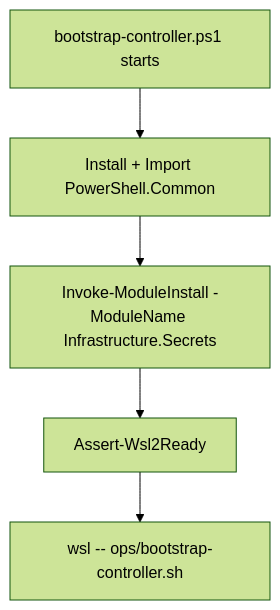
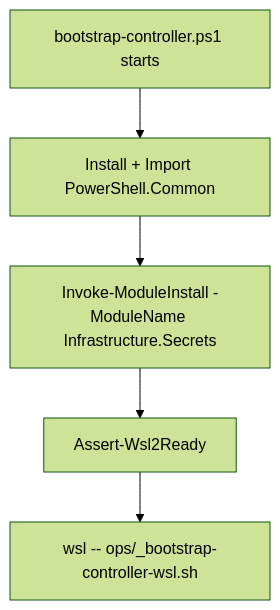
One commit to Klark-Morrigan/Infrastructure-Vm-Ansible changed the fifth of 5 diagrams in docs/dev/implementation/02-groups-users-sudoers-creation/plan.md. Above: the diagram before and after it, drawn with Mermaid (forest theme). The commit also changed other lines of this file and 8 other files, not shown here.

````diff
--- a/docs/dev/implementation/02-groups-users-sudoers-creation/plan.md
+++ b/docs/dev/implementation/02-groups-users-sudoers-creation/plan.md
@@ -500,7 +500,7 @@
 ```mermaid
 flowchart TD
     A[bootstrap-controller.ps1 starts] --> B[Install + Import PowerShell.Common]
     B --> C[Invoke-ModuleInstall -ModuleName Infrastructure.Secrets]
     C --> D[Assert-Wsl2Ready]
-    D --> E[wsl -- ops/bootstrap-controller.sh]
+    D --> E[wsl -- ops/_bootstrap-controller-wsl.sh]
 ```
````
